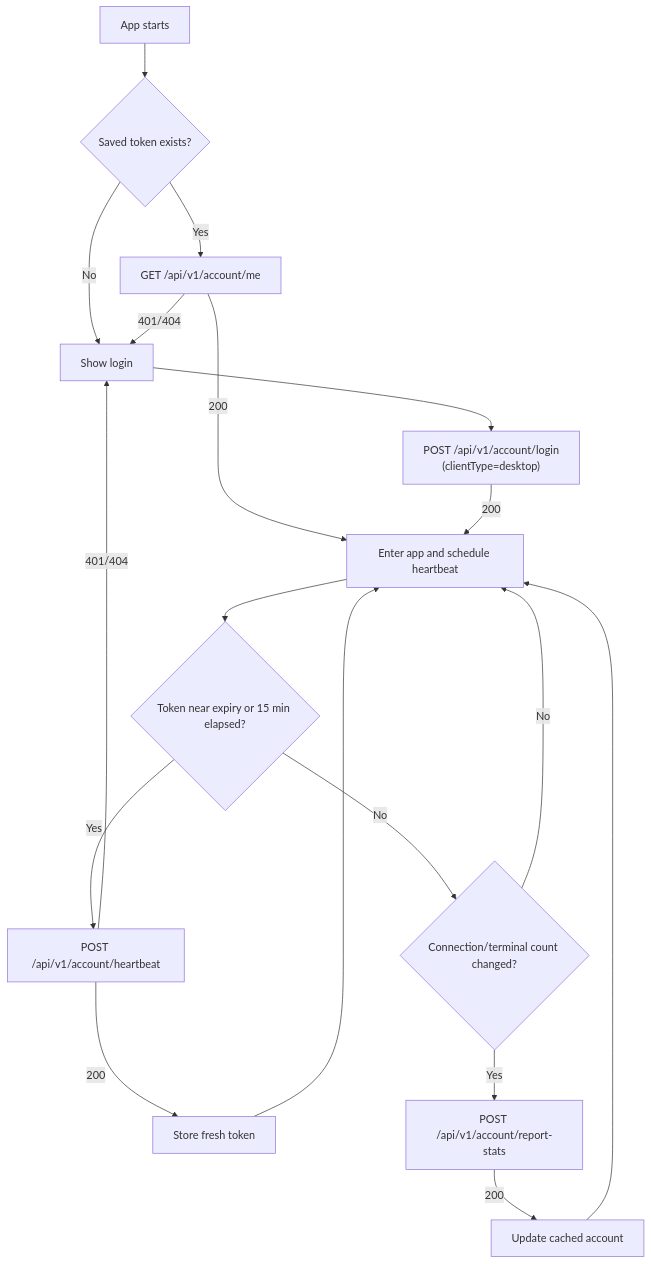
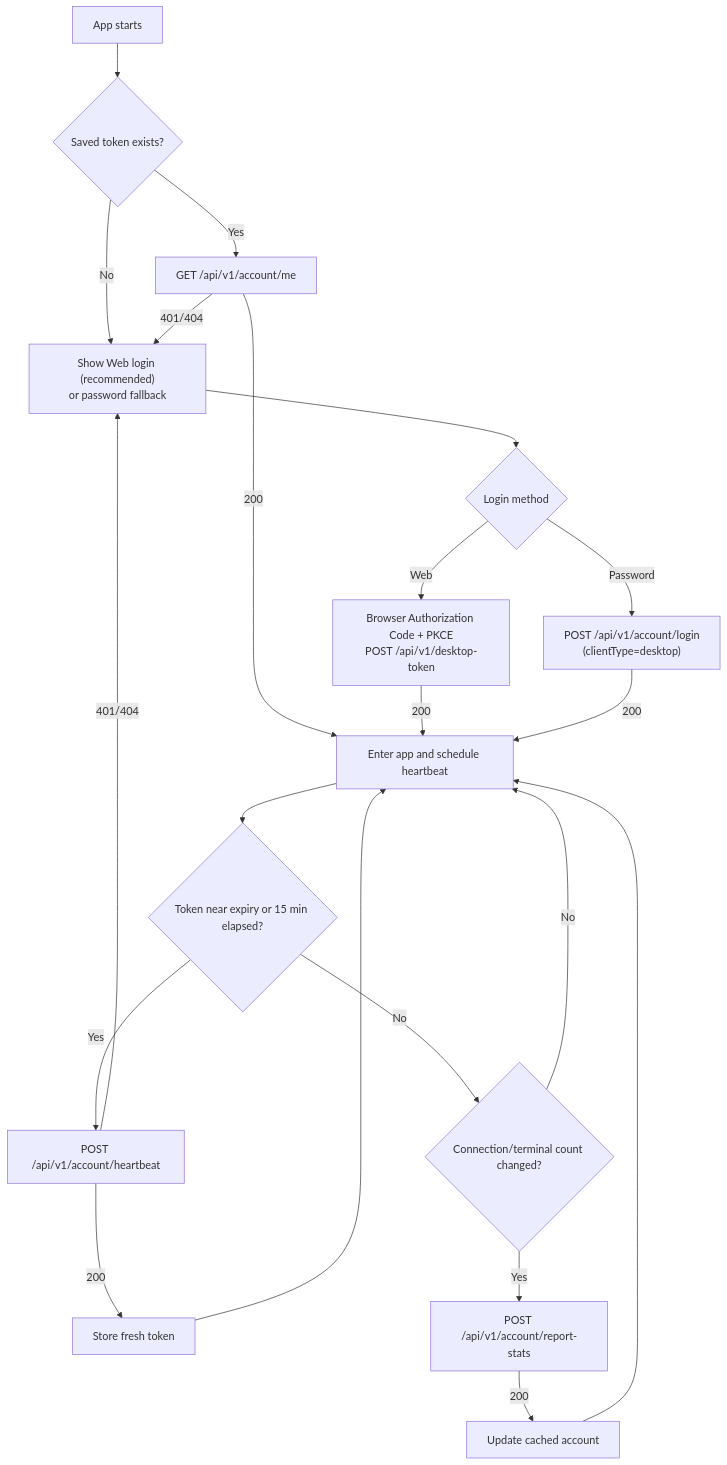
The first of 2 diagrams in .docs/client-auth-api.md (Voghost/JLShell), drawn with Mermaid before and after one commit. The commit also changed other lines of this file and 12 other files, not shown here.

Commit message:
feat: add browser account login

````diff
--- a/.docs/client-auth-api.md
+++ b/.docs/client-auth-api.md
@@ -448,20 +480,23 @@
 ```mermaid
 flowchart TD
   A["App starts"] --> B{"Saved token exists?"}
-  B -- "No" --> C["Show login"]
+  B -- "No" --> C["Show Web login (recommended)\nor password fallback"]
   B -- "Yes" --> D["GET /api/v1/account/me"]
   D -- "200" --> E["Enter app and schedule heartbeat"]
   D -- "401/404" --> C
-  C --> F["POST /api/v1/account/login\n(clientType=desktop)"]
-  F -- "200" --> E
+  C --> F{"Login method"}
+  F -- "Web" --> W["Browser Authorization Code + PKCE\nPOST /api/v1/desktop-token"]
+  F -- "Password" --> P["POST /api/v1/account/login\n(clientType=desktop)"]
+  W -- "200" --> E
+  P -- "200" --> E
   E --> G{"Token near expiry or 15 min elapsed?"}
   G -- "Yes" --> H["POST /api/v1/account/heartbeat"]
   H -- "200" --> I["Store fresh token"]
   H -- "401/404" --> C
   G -- "No" --> J{"Connection/terminal count changed?"}
   J -- "Yes" --> K["POST /api/v1/account/report-stats"]
   K -- "200" --> L["Update cached account"]
   J -- "No" --> E
   I --> E
   L --> E
 ```
````
